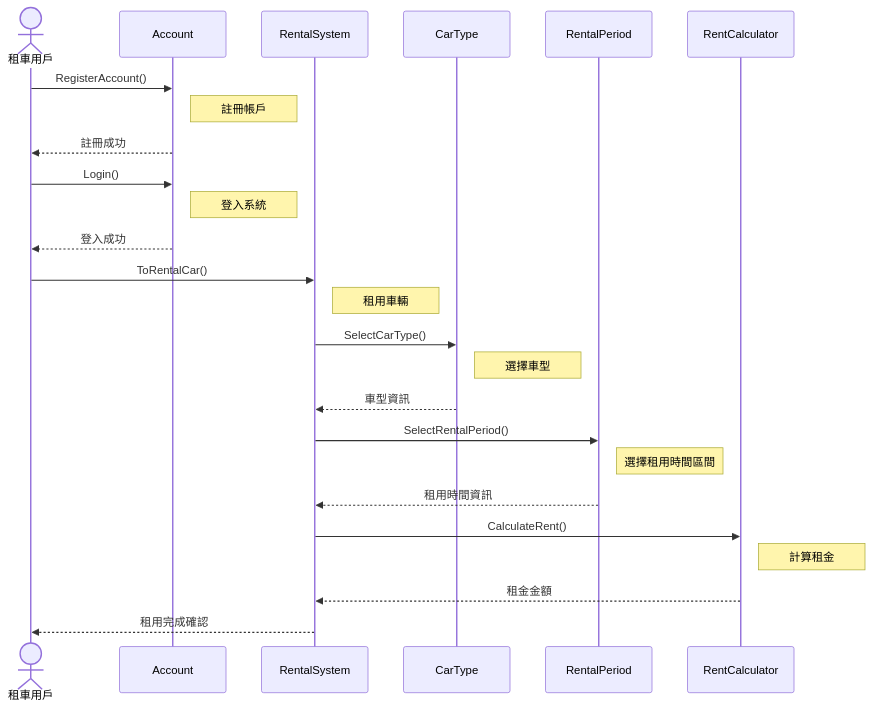
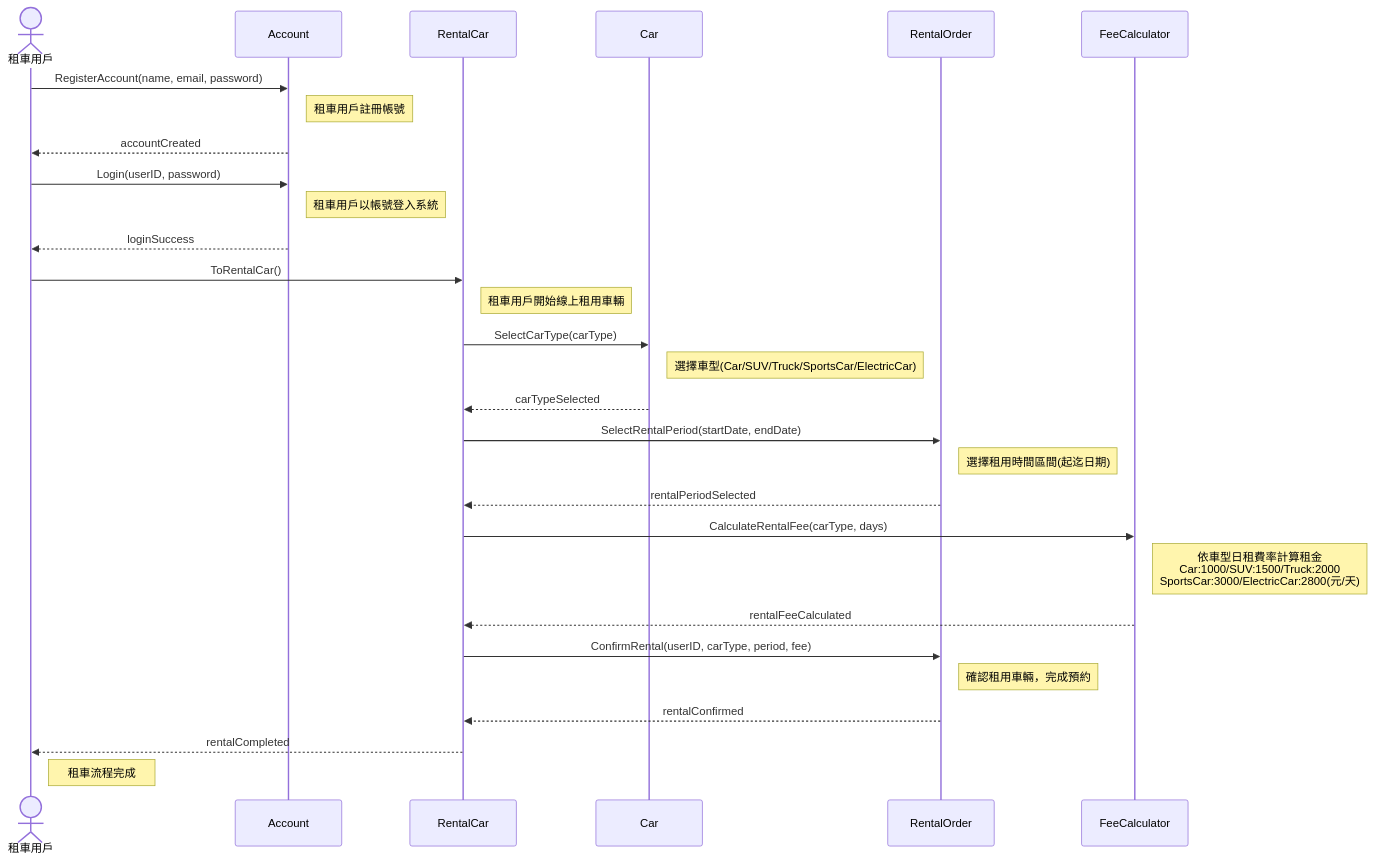
The diagram in SD_01_車輛租用系統.md (wugelis/Mermaid_RentalCarLab07), drawn with Mermaid before and after one commit. The commit also changed other lines of this file and 3 other files, not shown here.

Commit message:
建立完成 Sequence Diagram 的 Agent Skills

````diff
--- a/SD_01_車輛租用系統.md
+++ b/SD_01_車輛租用系統.md
@@ -8,34 +3,39 @@
 ```mermaid
 sequenceDiagram
     actor User as 租車用戶
-    participant Account as Account
-    participant RentalSystem as RentalSystem
-    participant CarType as CarType
-    participant RentalPeriod as RentalPeriod
-    participant RentCalculator as RentCalculator
-    
-    User->>Account: RegisterAccount()
-    Note right of Account: 註冊帳戶
-    Account-->>User: 註冊成功
-    
-    User->>Account: Login()
-    Note right of Account: 登入系統
-    Account-->>User: 登入成功
-    
-    User->>RentalSystem: ToRentalCar()
-    Note right of RentalSystem: 租用車輛
-    
-    RentalSystem->>CarType: SelectCarType()
-    Note right of CarType: 選擇車型
-    CarType-->>RentalSystem: 車型資訊
-    
-    RentalSystem->>RentalPeriod: SelectRentalPeriod()
-    Note right of RentalPeriod: 選擇租用時間區間
-    RentalPeriod-->>RentalSystem: 租用時間資訊
-    
-    RentalSystem->>RentCalculator: CalculateRent()
-    Note right of RentCalculator: 計算租金
-    RentCalculator-->>RentalSystem: 租金金額
-    
-    RentalSystem-->>User: 租用完成確認
+    participant Account
+    participant RentalCar
+    participant Car
+    participant RentalOrder
+    participant FeeCalculator
+
+    User->>Account: RegisterAccount(name, email, password)
+    Note right of Account: 租車用戶註冊帳號
+    Account-->>User: accountCreated
+
+    User->>Account: Login(userID, password)
+    Note right of Account: 租車用戶以帳號登入系統
+    Account-->>User: loginSuccess
+
+    User->>RentalCar: ToRentalCar()
+    Note right of RentalCar: 租車用戶開始線上租用車輛
+
+    RentalCar->>Car: SelectCarType(carType)
+    Note right of Car: 選擇車型(Car/SUV/Truck/SportsCar/ElectricCar)
+    Car-->>RentalCar: carTypeSelected
+
+    RentalCar->>RentalOrder: SelectRentalPeriod(startDate, endDate)
+    Note right of RentalOrder: 選擇租用時間區間(起迄日期)
+    RentalOrder-->>RentalCar: rentalPeriodSelected
+
+    RentalCar->>FeeCalculator: CalculateRentalFee(carType, days)
+    Note right of FeeCalculator: 依車型日租費率計算租金<br/>Car:1000/SUV:1500/Truck:2000<br/>SportsCar:3000/ElectricCar:2800(元/天)
+    FeeCalculator-->>RentalCar: rentalFeeCalculated
+
+    RentalCar->>RentalOrder: ConfirmRental(userID, carType, period, fee)
+    Note right of RentalOrder: 確認租用車輛，完成預約
+    RentalOrder-->>RentalCar: rentalConfirmed
+
+    RentalCar-->>User: rentalCompleted
+    Note right of User: 租車流程完成
 ```
````
